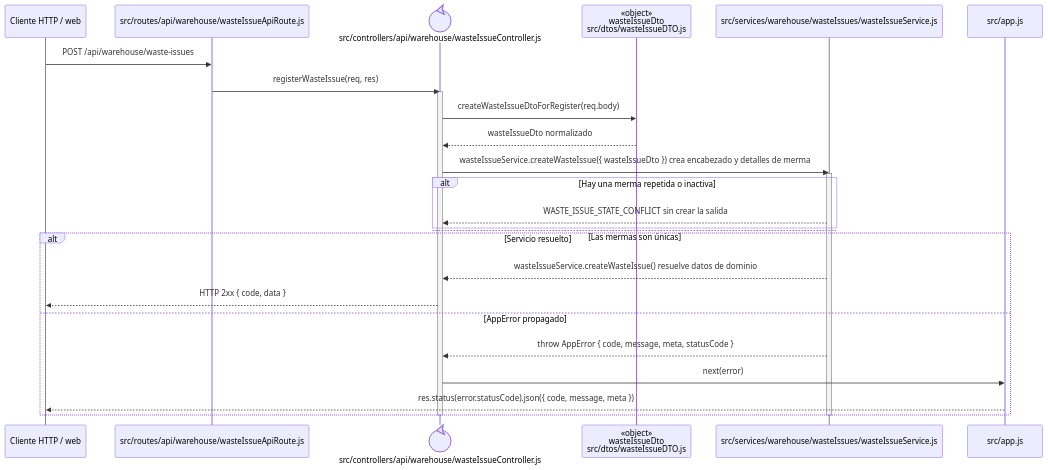
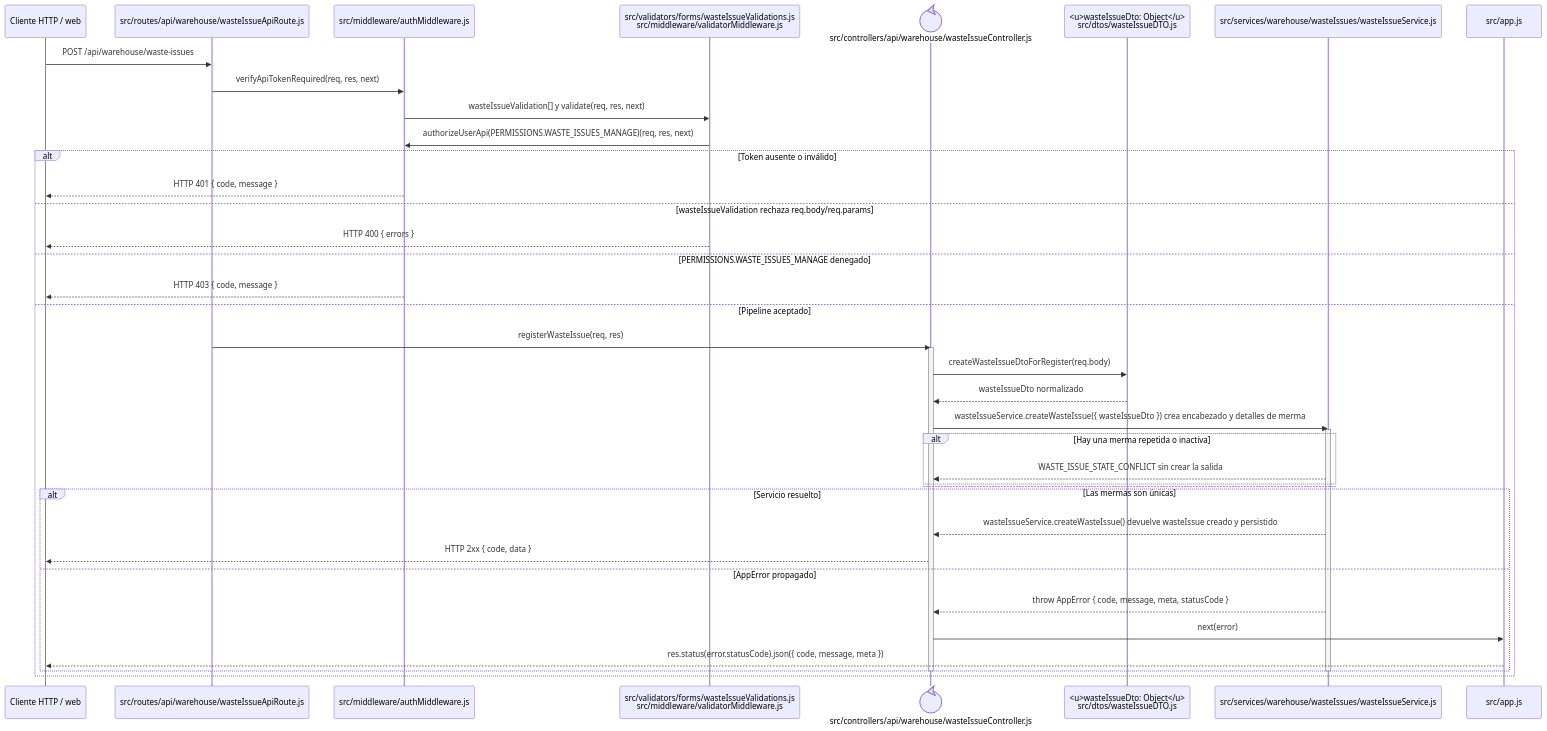
The diagram in docs/architecture/backend-code-sequences/issues/cu-sal-09.md (gpgsistemas01/nexus), drawn with Mermaid before and after one commit. The commit also changed 102 other files, not shown here.

````diff
--- a/docs/architecture/backend-code-sequences/issues/cu-sal-09.md
+++ b/docs/architecture/backend-code-sequences/issues/cu-sal-09.md
@@ -6,31 +6,44 @@
 ```mermaid
 sequenceDiagram
     participant Client as Cliente HTTP / web
     participant Route as src/routes/api/warehouse/wasteIssueApiRoute.js
+    participant Auth as src/middleware/authMiddleware.js
+    participant Validator as src/validators/forms/wasteIssueValidations.js<br/>src/middleware/validatorMiddleware.js
     participant Controller@{ "type": "control" } as src/controllers/api/warehouse/wasteIssueController.js
-    participant IssueDto as «object»<br/>wasteIssueDto<br/>src/dtos/wasteIssueDTO.js
+    participant IssueDto as <u>wasteIssueDto: Object</u><br/>src/dtos/wasteIssueDTO.js
     participant Domain as src/services/warehouse/wasteIssues/wasteIssueService.js
     participant ErrorHandler as src/app.js
 
     Client->>Route: POST /api/warehouse/waste-issues
-    Route->>Controller: registerWasteIssue(req, res)
-    activate Controller
-    Controller->>IssueDto: createWasteIssueDtoForRegister(req.body)
-    IssueDto-->>Controller: wasteIssueDto normalizado
-    Controller->>Domain: wasteIssueService.createWasteIssue({ wasteIssueDto }) crea encabezado y detalles de merma
-    activate Domain
-    alt Hay una merma repetida o inactiva
-        Domain-->>Controller: WASTE_ISSUE_STATE_CONFLICT sin crear la salida
-    else Las mermas son únicas
+    Route->>Auth: verifyApiTokenRequired(req, res, next)
+    Auth->>Validator: wasteIssueValidation[] y validate(req, res, next)
+    Validator->>Auth: authorizeUserApi(PERMISSIONS.WASTE_ISSUES_MANAGE)(req, res, next)
+    alt Token ausente o inválido
+        Auth-->>Client: HTTP 401 { code, message }
+    else wasteIssueValidation rechaza req.body/req.params
+        Validator-->>Client: HTTP 400 { errors }
+    else PERMISSIONS.WASTE_ISSUES_MANAGE denegado
+        Auth-->>Client: HTTP 403 { code, message }
+    else Pipeline aceptado
+        Route->>Controller: registerWasteIssue(req, res)
+        activate Controller
+        Controller->>IssueDto: createWasteIssueDtoForRegister(req.body)
+        IssueDto-->>Controller: wasteIssueDto normalizado
+        Controller->>Domain: wasteIssueService.createWasteIssue({ wasteIssueDto }) crea encabezado y detalles de merma
+        activate Domain
+        alt Hay una merma repetida o inactiva
+            Domain-->>Controller: WASTE_ISSUE_STATE_CONFLICT sin crear la salida
+        else Las mermas son únicas
+        end
+        alt Servicio resuelto
+            Domain-->>Controller: wasteIssueService.createWasteIssue() devuelve wasteIssue creado y persistido
+            Controller-->>Client: HTTP 2xx { code, data }
+        else AppError propagado
+            Domain-->>Controller: throw AppError { code, message, meta, statusCode }
+            Controller->>ErrorHandler: next(error)
+            ErrorHandler-->>Client: res.status(error.statusCode).json({ code, message, meta })
+        end
+        deactivate Domain
+        deactivate Controller
     end
-    alt Servicio resuelto
-        Domain-->>Controller: wasteIssueService.createWasteIssue() resuelve datos de dominio
-        Controller-->>Client: HTTP 2xx { code, data }
-    else AppError propagado
-        Domain-->>Controller: throw AppError { code, message, meta, statusCode }
-        Controller->>ErrorHandler: next(error)
-        ErrorHandler-->>Client: res.status(error.statusCode).json({ code, message, meta })
-    end
-    deactivate Domain
-    deactivate Controller
 ```
````
